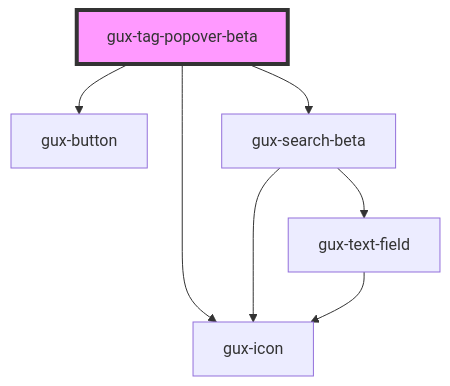
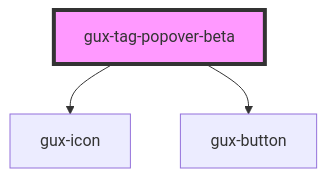
Before and after one commit to willcliff-genesys/genesys-webcomponents: the diagram in src/components/beta/gux-tag-popover/readme.md, drawn with Mermaid. The commit also changed other lines of this file and 8 other files, not shown here.

Commit message:
feat(tag-popover): write tag and select tag functionality

````diff
--- a/src/components/beta/gux-tag-popover/readme.md
+++ b/src/components/beta/gux-tag-popover/readme.md
@@ -58,10 +58,6 @@
 ```mermaid
 graph TD;
+  gux-tag-popover-beta --> gux-icon
   gux-tag-popover-beta --> gux-button
-  gux-tag-popover-beta --> gux-icon
-  gux-tag-popover-beta --> gux-search-beta
-  gux-search-beta --> gux-text-field
-  gux-search-beta --> gux-icon
-  gux-text-field --> gux-icon
   style gux-tag-popover-beta fill:#f9f,stroke:#333,stroke-width:4px
 ```
````
